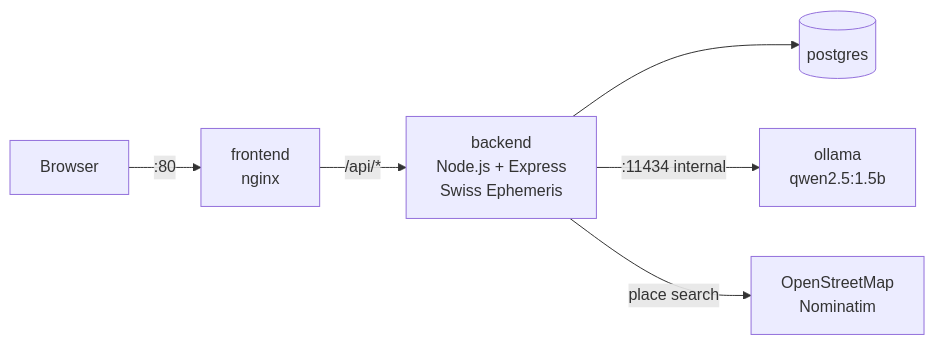
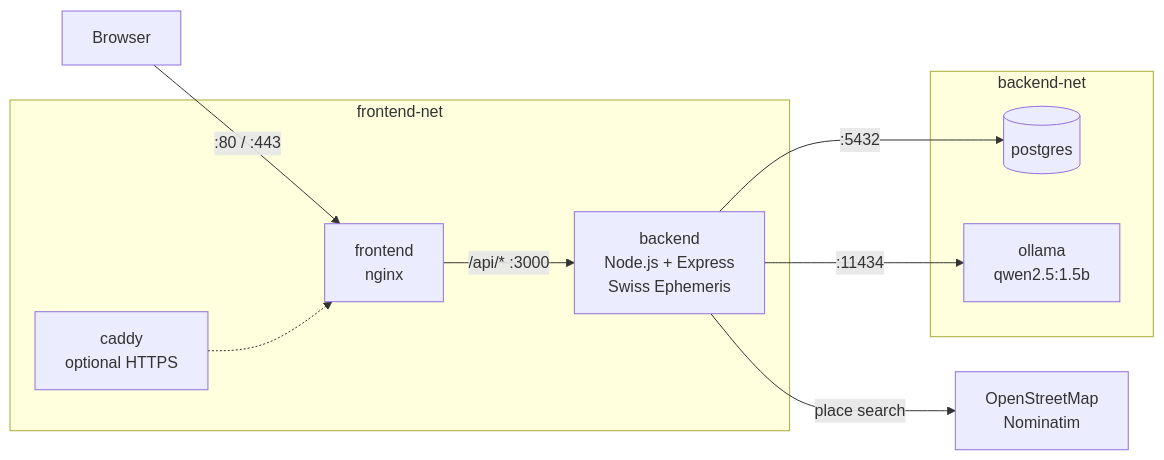
One commit to DineshRawal013/ayu-ai changed the diagram in README.md. Above: the diagram before and after it, drawn with Mermaid. The commit also changed other lines of this file and 2 other files, not shown here.

First line of the commit message:
Split containers into frontend-net and backend-net

````diff
--- a/README.md
+++ b/README.md
@@ -39,8 +39,13 @@
 ```mermaid
 flowchart LR
-  B[Browser] -->|:80| F[frontend<br/>nginx]
-  F -->|/api/*| API[backend<br/>Node.js + Express<br/>Swiss Ephemeris]
-  API --> DB[(postgres)]
-  API -->|:11434 internal| O[ollama<br/>qwen2.5:1.5b]
+  B[Browser] -->|:80 / :443| F
+  subgraph FN[frontend-net]
+    C[caddy<br/>optional HTTPS] -.-> F[frontend<br/>nginx]
+    F -->|/api/* :3000| API[backend<br/>Node.js + Express<br/>Swiss Ephemeris]
+  end
+  subgraph BN[backend-net]
+    API -->|:5432| DB[(postgres)]
+    API -->|:11434| O[ollama<br/>qwen2.5:1.5b]
+  end
   API -->|place search| N[OpenStreetMap<br/>Nominatim]
 ```
````
